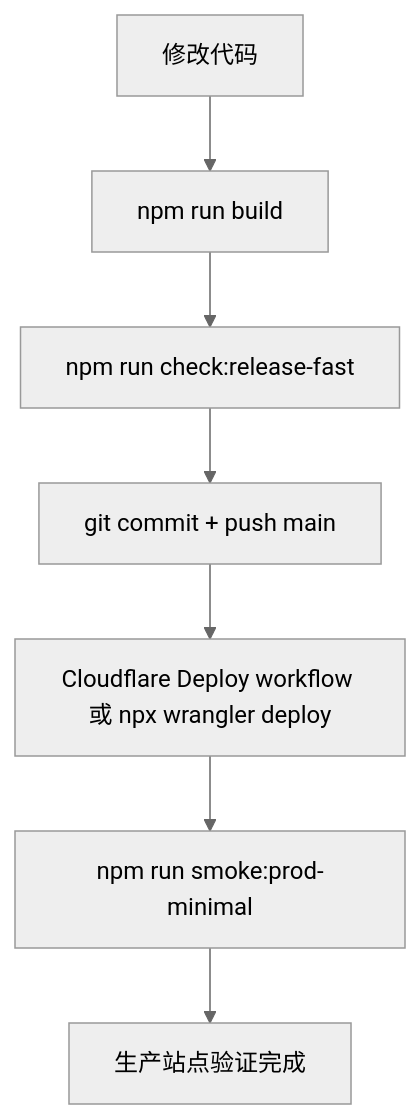
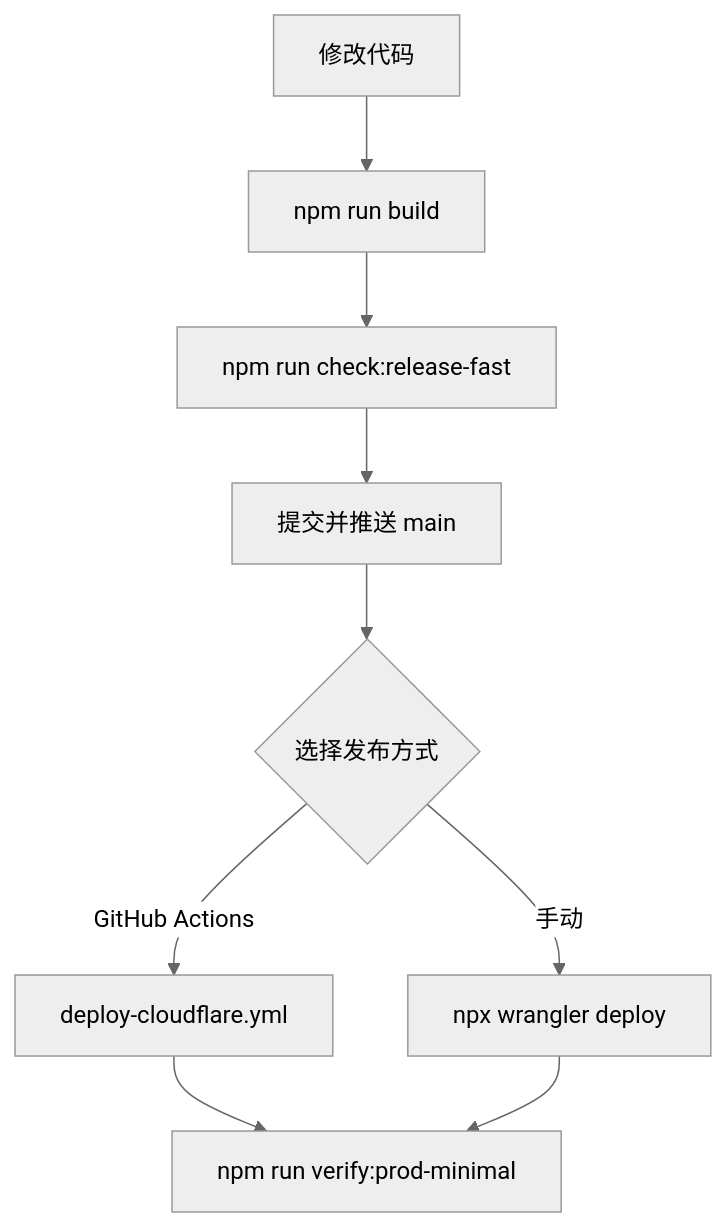
Before and after one commit to loru12321/school-system: the second of 2 diagrams in README.md, drawn with Mermaid (neutral theme). The commit also changed other lines of this file, not shown here.

````diff
--- a/README.md
+++ b/README.md
@@ -41,9 +83,11 @@
 ```mermaid
 flowchart TD
-    A["修改代码"] --> B["npm run build"]
-    B --> C["npm run check:release-fast"]
-    C --> D["git commit + push main"]
-    D --> E["Cloudflare Deploy workflow 或 npx wrangler deploy"]
-    E --> F["npm run smoke:prod-minimal"]
-    F --> G["生产站点验证完成"]
+    A[修改代码] --> B[npm run build]
+    B --> C[npm run check:release-fast]
+    C --> D[提交并推送 main]
+    D --> E{选择发布方式}
+    E -->|GitHub Actions| F[deploy-cloudflare.yml]
+    E -->|手动| G[npx wrangler deploy]
+    F --> H[npm run verify:prod-minimal]
+    G --> H
 ```
````
